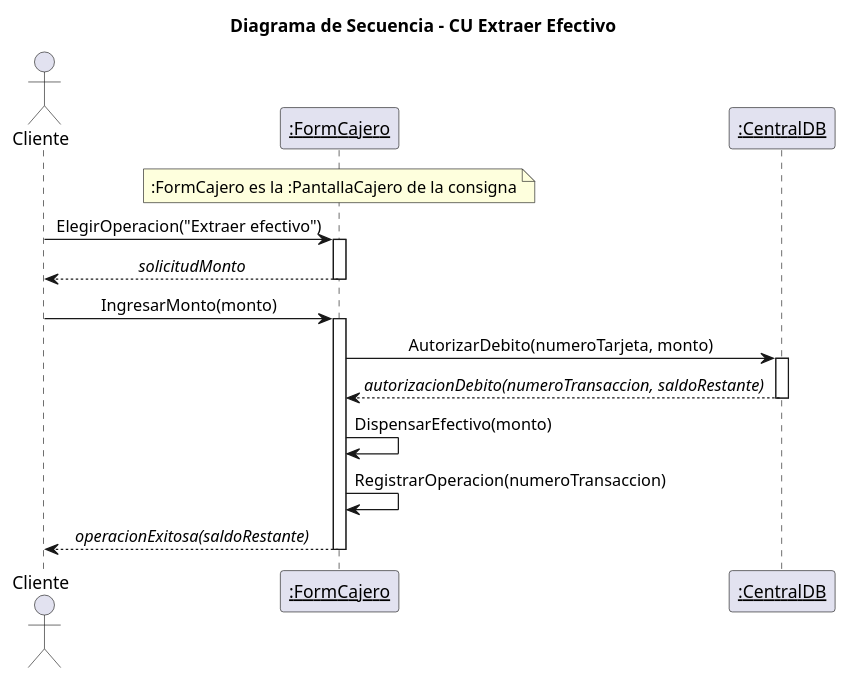
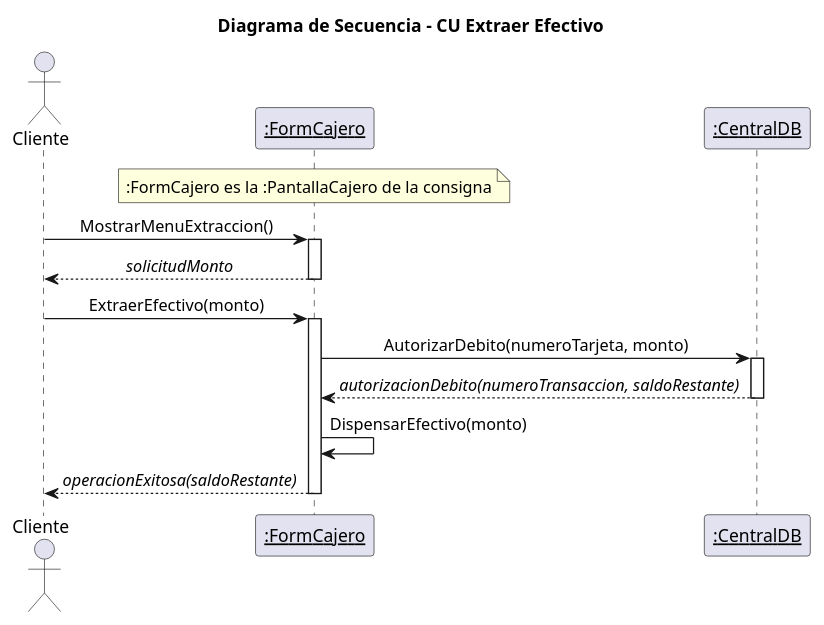
Before and after one commit to 4l3j0Ok/institute-third-year: the diagram in diseno-e-implementacion-de-sistemas/trabajo-integrador/diagrams/06_secuencia_extraccion.puml, drawn with PlantUML. The commit also changed 7 other files, not shown here.

Commit message:
fix: update sequence diagrams and method names for consistency in FormCajero class

```diff
--- a/diseno-e-implementacion-de-sistemas/trabajo-integrador/diagrams/06_secuencia_extraccion.puml
+++ b/diseno-e-implementacion-de-sistemas/trabajo-integrador/diagrams/06_secuencia_extraccion.puml
@@ -1,27 +1,26 @@
 @startuml 06_secuencia_extraccion
 title Diagrama de Secuencia - CU Extraer Efectivo
 skinparam shadowing false
 skinparam sequenceMessageAlign center
 
 actor Cliente
 participant "<u>:FormCajero</u>" as PC
 participant "<u>:CentralDB</u>" as CDB
 
 note over PC : :FormCajero es la :PantallaCajero de la consigna
 
-Cliente -> PC : ElegirOperacion("Extraer efectivo")
+Cliente -> PC : MostrarMenuExtraccion()
 activate PC
 PC --> Cliente : //solicitudMonto//
 deactivate PC
 
-Cliente -> PC : IngresarMonto(monto)
+Cliente -> PC : ExtraerEfectivo(monto)
 activate PC
 PC -> CDB : AutorizarDebito(numeroTarjeta, monto)
 activate CDB
 CDB --> PC : //autorizacionDebito(numeroTransaccion, saldoRestante)//
 deactivate CDB
 PC -> PC : DispensarEfectivo(monto)
-PC -> PC : RegistrarOperacion(numeroTransaccion)
 PC --> Cliente : //operacionExitosa(saldoRestante)//
 deactivate PC
 @enduml
```
